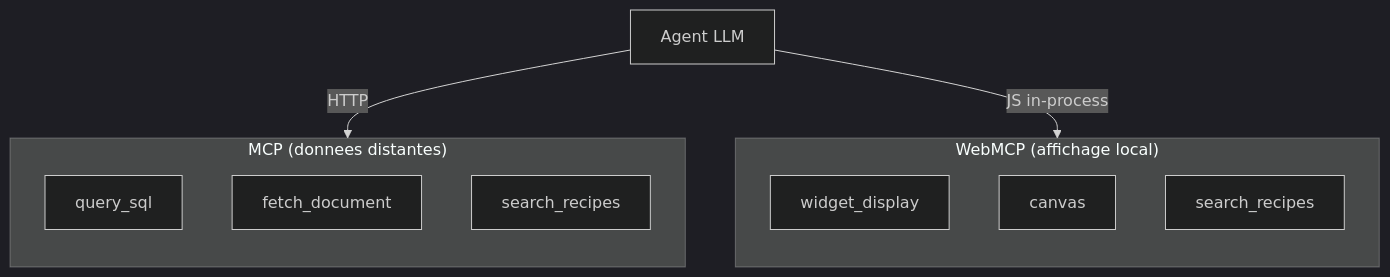
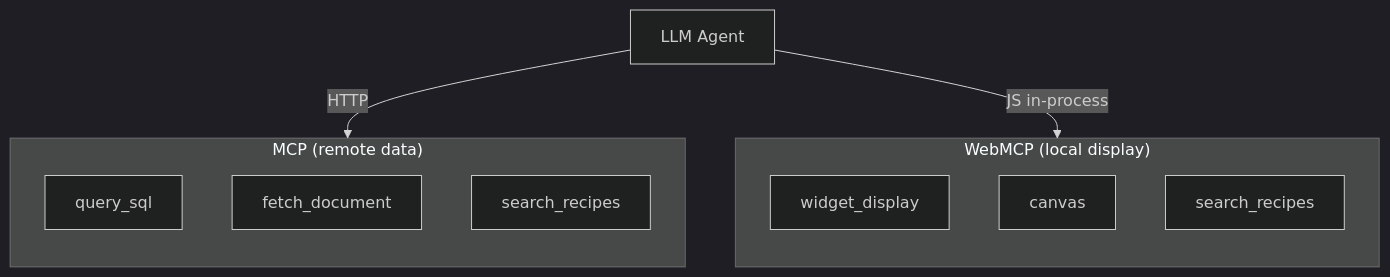
One commit to jeanbaptiste/webmcp-auto-ui changed the first of 11 diagrams in docs/starlight/src/content/docs/tutorials/architecture-mcp-webmcp.mdx. Above: the diagram before and after it, drawn with Mermaid (dark theme). The commit also changed other lines of this file and 94 other files, not shown here.

````diff
--- a/docs/starlight/src/content/docs/tutorials/architecture-mcp-webmcp.mdx
+++ b/docs/starlight/src/content/docs/tutorials/architecture-mcp-webmcp.mdx
@@ -38,19 +38,19 @@
 ```mermaid
 graph TB
-    subgraph MCP ["MCP (donnees distantes)"]
+    subgraph MCP ["MCP (remote data)"]
         direction TB
         M1[query_sql]
         M2[fetch_document]
         M3[search_recipes]
     end
 
-    subgraph WebMCP ["WebMCP (affichage local)"]
+    subgraph WebMCP ["WebMCP (local display)"]
         direction TB
         W1[widget_display]
         W2[canvas]
         W3[search_recipes]
     end
 
-    LLM[Agent LLM] -->|HTTP| MCP
+    LLM[LLM Agent] -->|HTTP| MCP
     LLM -->|JS in-process| WebMCP
 ```
````
